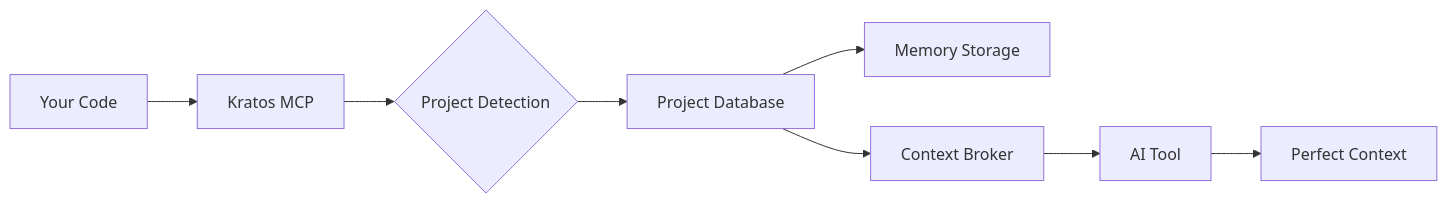
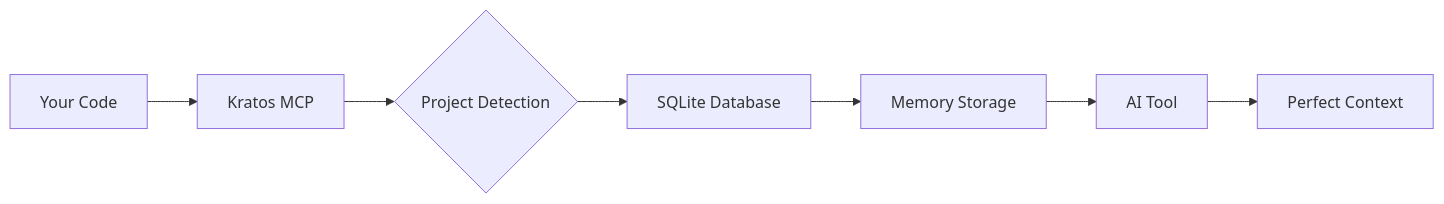
The diagram in README.md (ceorkm/kratos-mcp), drawn with Mermaid before and after one commit. The commit also changed other lines of this file and 1 other file, not shown here.

First line of the commit message:
Ultra-lean v4.0.0: 64% context reduction to minimize MCP overhead

````diff
--- a/README.md
+++ b/README.md
@@ -614,10 +266,9 @@
 ```mermaid
 graph LR
     A[Your Code] --> B[Kratos MCP]
     B --> C{Project Detection}
-    C --> D[Project Database]
+    C --> D[SQLite Database]
     D --> E[Memory Storage]
-    D --> F[Context Broker]
-    F --> G[AI Tool]
-    G --> H[Perfect Context]
+    E --> F[AI Tool]
+    F --> G[Perfect Context]
 ```
````
